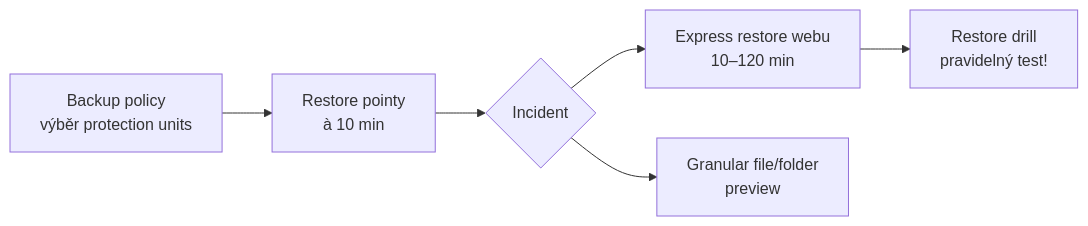
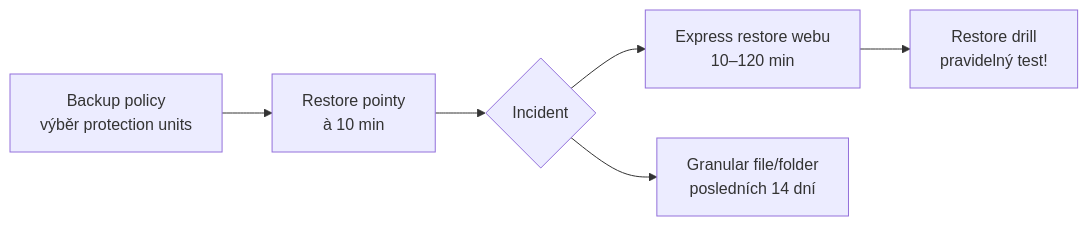
One commit to MalasekPetr/gopas-goc224 changed the diagram in day-3/backup/README.md. Above: the diagram before and after it, drawn with Mermaid. The commit also changed other lines of this file and 10 other files, not shown here.

````diff
--- a/day-3/backup/README.md
+++ b/day-3/backup/README.md
@@ -38,8 +55,8 @@
 ```mermaid
 flowchart LR
   P[Backup policy<br>výběr protection units] --> RP[Restore pointy<br>à 10 min]
   RP --> D{Incident}
   D --> R1[Express restore webu<br>10–120 min]
-  D --> R2[Granular file/folder<br>preview]
+  D --> R2[Granular file/folder<br>posledních 14 dní]
   R1 --> T[Restore drill<br>pravidelný test!]
 ```
````
